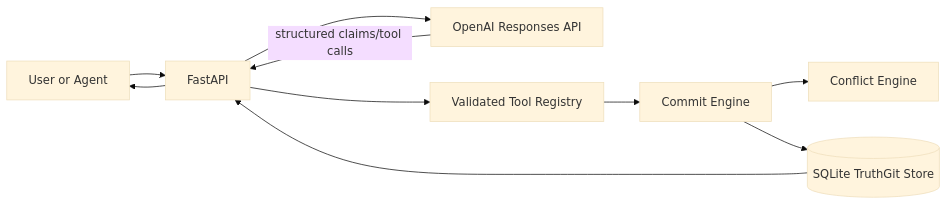
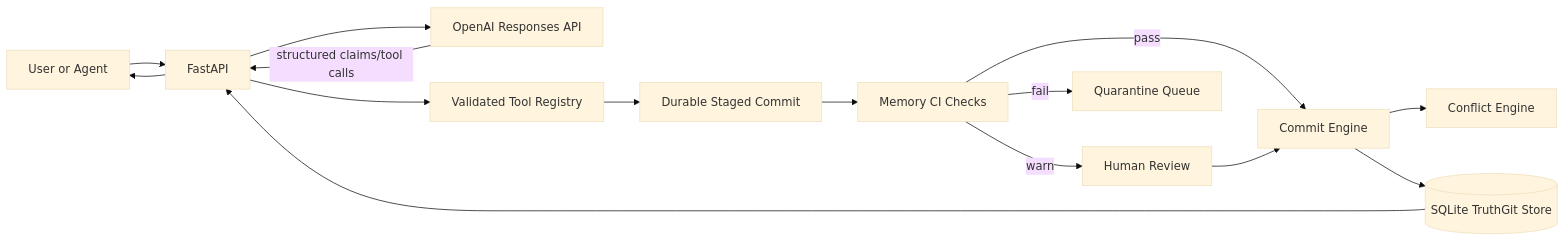
The first of 2 diagrams in README.md (tungooxx/LLMGit), drawn with Mermaid (base theme) before and after one commit. The commit also changed other lines of this file and 65 other files, not shown here.

````diff
--- a/README.md
+++ b/README.md
@@ -9,12 +9,17 @@
 ```mermaid
 flowchart LR
     User[User or Agent] --> API[FastAPI]
     API --> LLM[OpenAI Responses API]
     LLM -->|structured claims/tool calls| API
     API --> Tools[Validated Tool Registry]
-    Tools --> CommitEngine[Commit Engine]
+    Tools --> Stage[Durable Staged Commit]
+    Stage --> MemoryCI[Memory CI Checks]
+    MemoryCI -->|pass| CommitEngine[Commit Engine]
+    MemoryCI -->|warn| Review[Human Review]
+    MemoryCI -->|fail| Quarantine[Quarantine Queue]
+    Review --> CommitEngine
     CommitEngine --> ConflictEngine[Conflict Engine]
     CommitEngine --> DB[(SQLite TruthGit Store)]
     DB --> API
     API --> User
 ```
````
